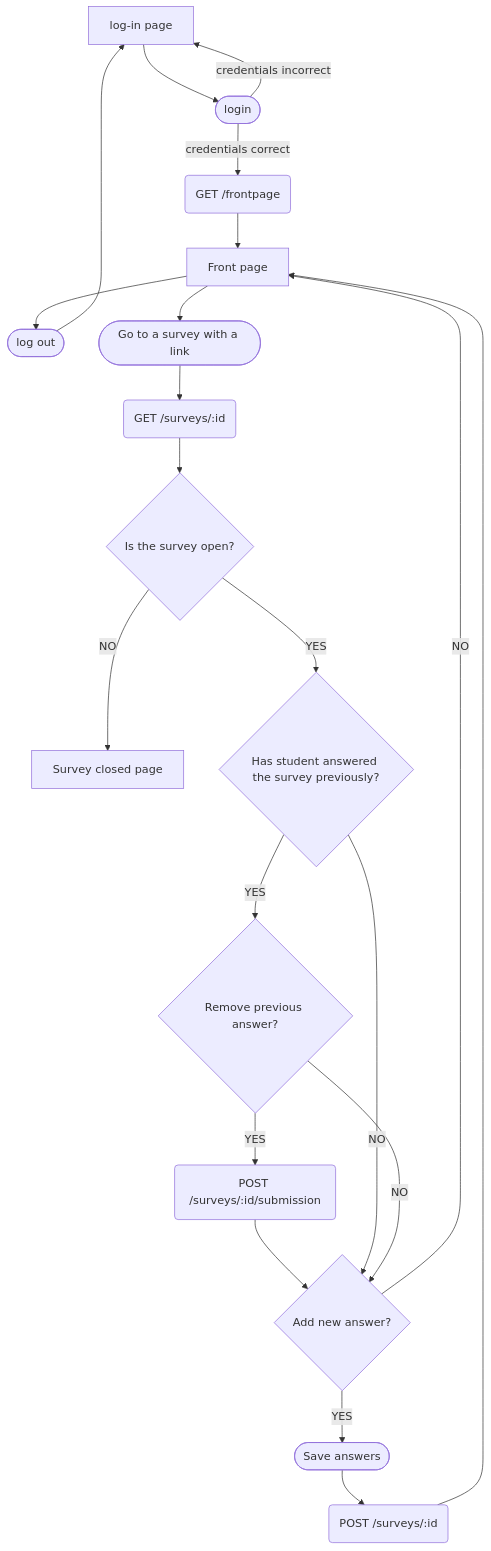
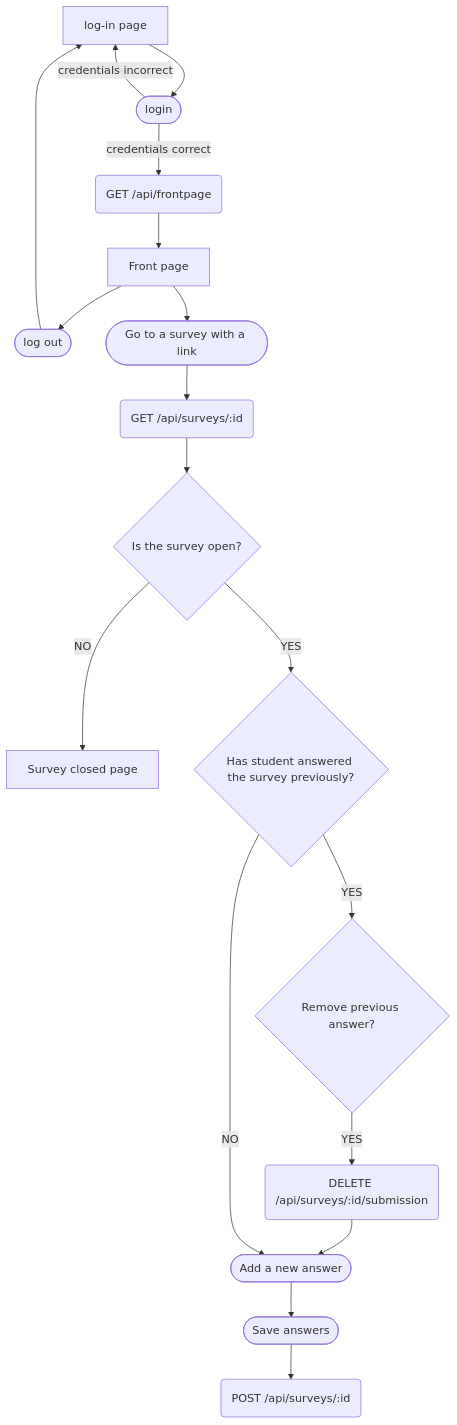
Before and after one commit to piryopt/pienryhmien-optimointi: the second of 2 diagrams in docs-2.0/process_flow_chart.md, drawn with Mermaid.

Commit message:
Update answerer flowchart

````diff
--- a/docs-2.0/process_flow_chart.md
+++ b/docs-2.0/process_flow_chart.md
@@ -65,22 +65,19 @@
 ```mermaid
 flowchart TB
     A["log-in page"] --> B(["login"])
     B -- credentials incorrect --> A
-    B -- credentials correct --> E("GET /frontpage")
+    B -- credentials correct --> E("GET /api/frontpage")
     E --> F["Front page"]
     F --> K(["log out"]) & G(["Go to a survey with a link"])
     K --> A
-    G --> I("GET /surveys/:id")
+    G --> I("GET /api/surveys/:id")
     I --> J{"Is the survey open?"}
     J -- NO --> L["Survey closed page"]
     J -- YES --> M{"Has student answered the survey previously?"}
     M -- YES --> N{"Remove previous answer?"}
-    N -- YES --> P("POST /surveys/:id/submission")
-    P --> Q{"Add new answer?"}
-    Q -- YES --> R(["Save answers"])
-    Q -- NO --> F
+    N -- YES --> P("DELETE /api/surveys/:id/submission")
+    P --> Q(["Add a new answer"])
+    Q -- <br> --> R(["Save answers"])
     M -- NO --> Q
-    R --> S("POST /surveys/:id")
-    S --> F
-    N -- NO --> Q
+    R --> S("POST /api/surveys/:id")
 ```
````
